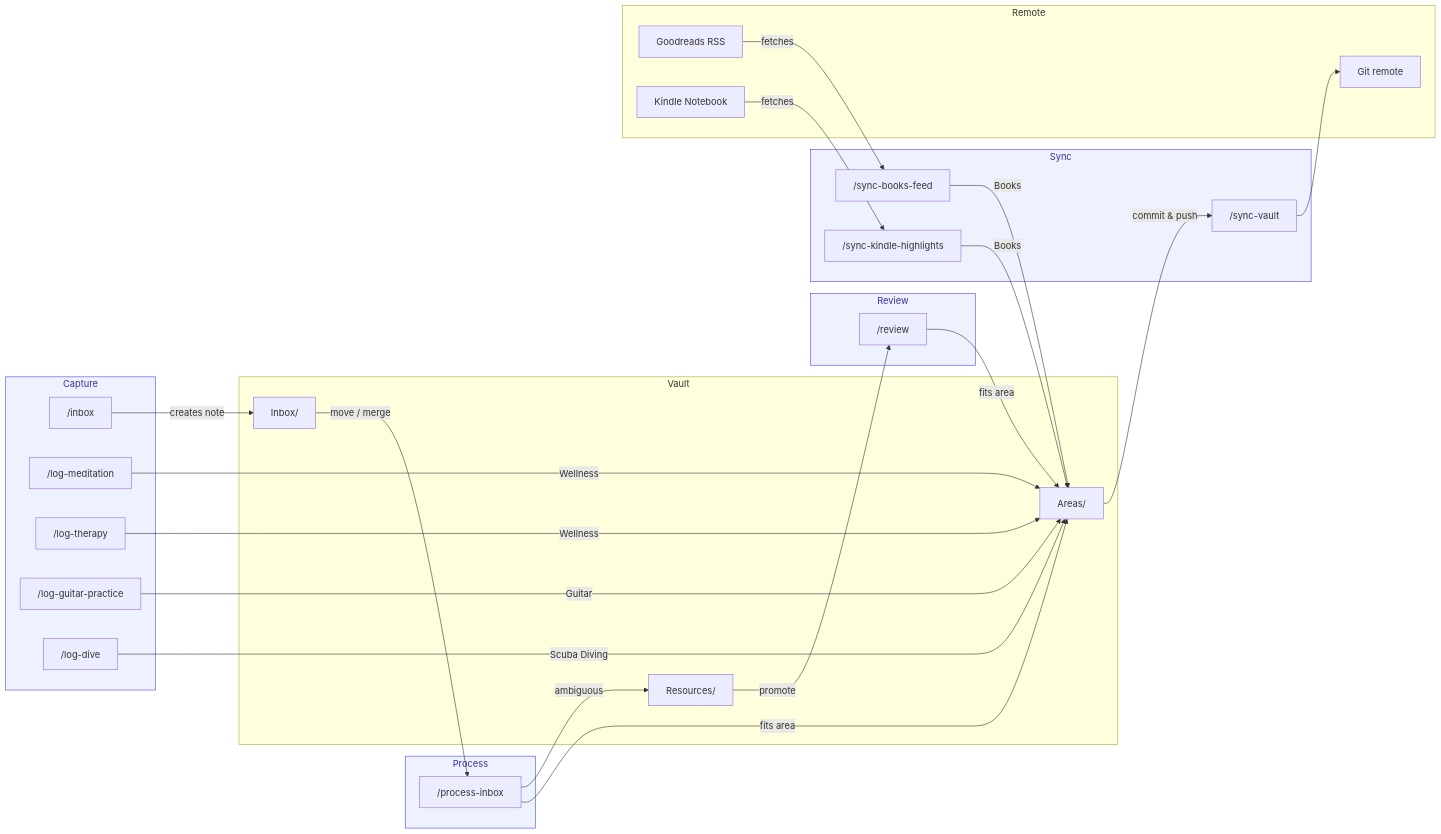
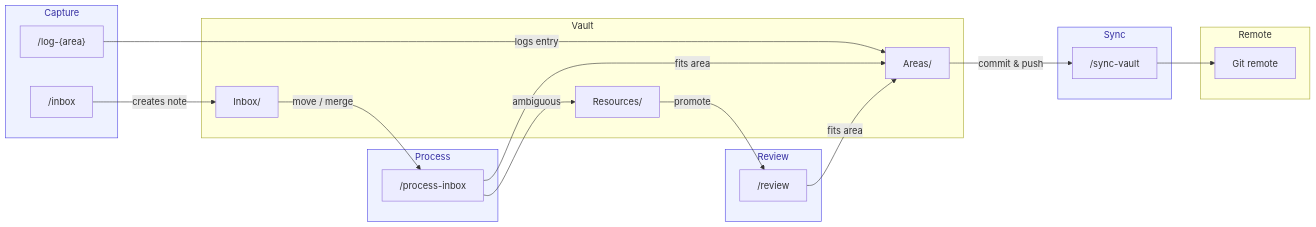
The second of 2 diagrams in _posts/2026-05-30-mneme.md (le4ker/blog), drawn with Mermaid before and after one commit. The commit also changed other lines of this file, not shown here.

````diff
--- a/_posts/2026-05-30-mneme.md
+++ b/_posts/2026-05-30-mneme.md
@@ -87,58 +91,44 @@
 ```mermaid!
 flowchart LR
     subgraph capture ["Capture"]
         inbox["/inbox"]
-        logmed["/log-meditation"]
-        logtherapy["/log-therapy"]
-        logguitar["/log-guitar-practice"]
-        logdive["/log-dive"]
+        logarea["/log-{area}"]
     end
 
     subgraph process ["Process"]
         processinbox["/process-inbox"]
     end
 
     subgraph reviewsg ["Review"]
         reviewcmd["/review"]
     end
 
     subgraph sync ["Sync"]
-        syncbooks["/sync-books-feed"]
-        synckindle["/sync-kindle-highlights"]
         syncvault["/sync-vault"]
     end
 
     subgraph vault ["Vault"]
         Inbox["Inbox/"]
         Areas["Areas/"]
         Resources["Resources/"]
     end
 
     subgraph remote ["Remote"]
-        Goodreads["Goodreads RSS"]
-        Kindle["Kindle Notebook"]
         Git["Git remote"]
     end
 
     style capture fill:#eef2ff,stroke:#4f46e5,color:#3730a3
     style process fill:#eef2ff,stroke:#4f46e5,color:#3730a3
     style reviewsg fill:#eef2ff,stroke:#4f46e5,color:#3730a3
     style sync fill:#eef2ff,stroke:#4f46e5,color:#3730a3
 
     inbox -->|"creates note"| Inbox
-    logmed -->|"Wellness"| Areas
-    logtherapy -->|"Wellness"| Areas
-    logguitar -->|"Guitar"| Areas
-    logdive -->|"Scuba Diving"| Areas
+    logarea -->|"logs entry"| Areas
     Inbox -->|"move / merge"| processinbox
     processinbox -->|"fits area"| Areas
     processinbox -->|"ambiguous"| Resources
     Resources -->|"promote"| reviewcmd
     reviewcmd -->|"fits area"| Areas
-    Goodreads -->|"fetches"| syncbooks
-    syncbooks -->|"Books"| Areas
-    Kindle -->|"fetches"| synckindle
-    synckindle -->|"Books"| Areas
     Areas -->|"commit & push"| syncvault
     syncvault --> Git
 ```
````
